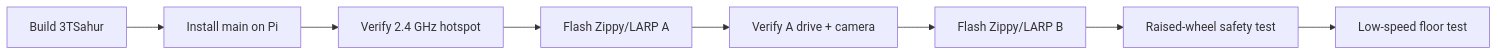
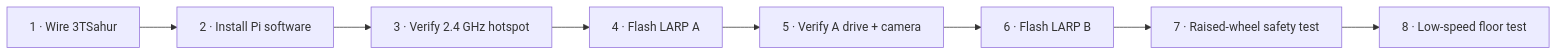
The first of 9 diagrams in README.md (william-thompsonthe1st/STEM-Research-Academy), drawn with Mermaid before and after one commit. The commit also changed other lines of this file, not shown here.

````diff
--- a/README.md
+++ b/README.md
@@ -37,10 +18,10 @@
 ```mermaid
 flowchart LR
-    A["Build 3TSahur"] --> B["Install main on Pi"]
-    B --> C["Verify 2.4 GHz hotspot"]
-    C --> D["Flash Zippy/LARP A"]
-    D --> E["Verify A drive + camera"]
-    E --> F["Flash Zippy/LARP B"]
-    F --> G["Raised-wheel safety test"]
-    G --> H["Low-speed floor test"]
+    A["1 · Wire 3TSahur"] --> B["2 · Install Pi software"]
+    B --> C["3 · Verify 2.4 GHz hotspot"]
+    C --> D["4 · Flash LARP A"]
+    D --> E["5 · Verify A drive + camera"]
+    E --> F["6 · Flash LARP B"]
+    F --> G["7 · Raised-wheel safety test"]
+    G --> H["8 · Low-speed floor test"]
 ```
````
